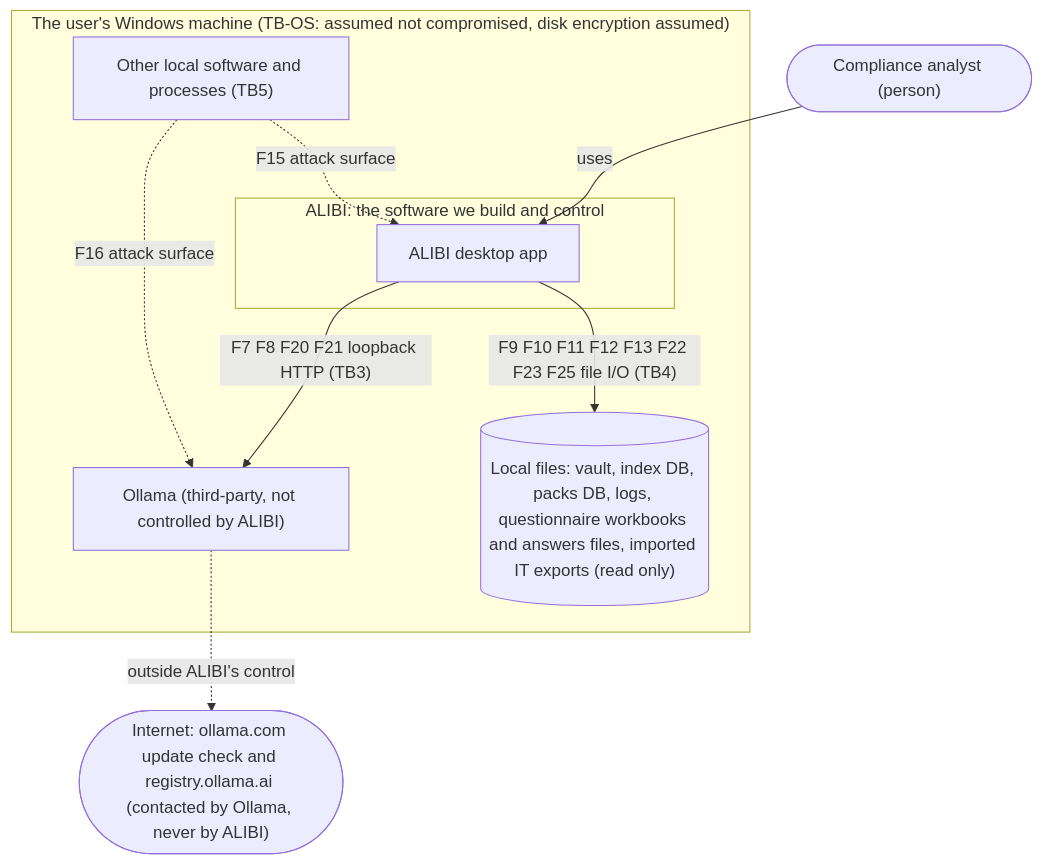
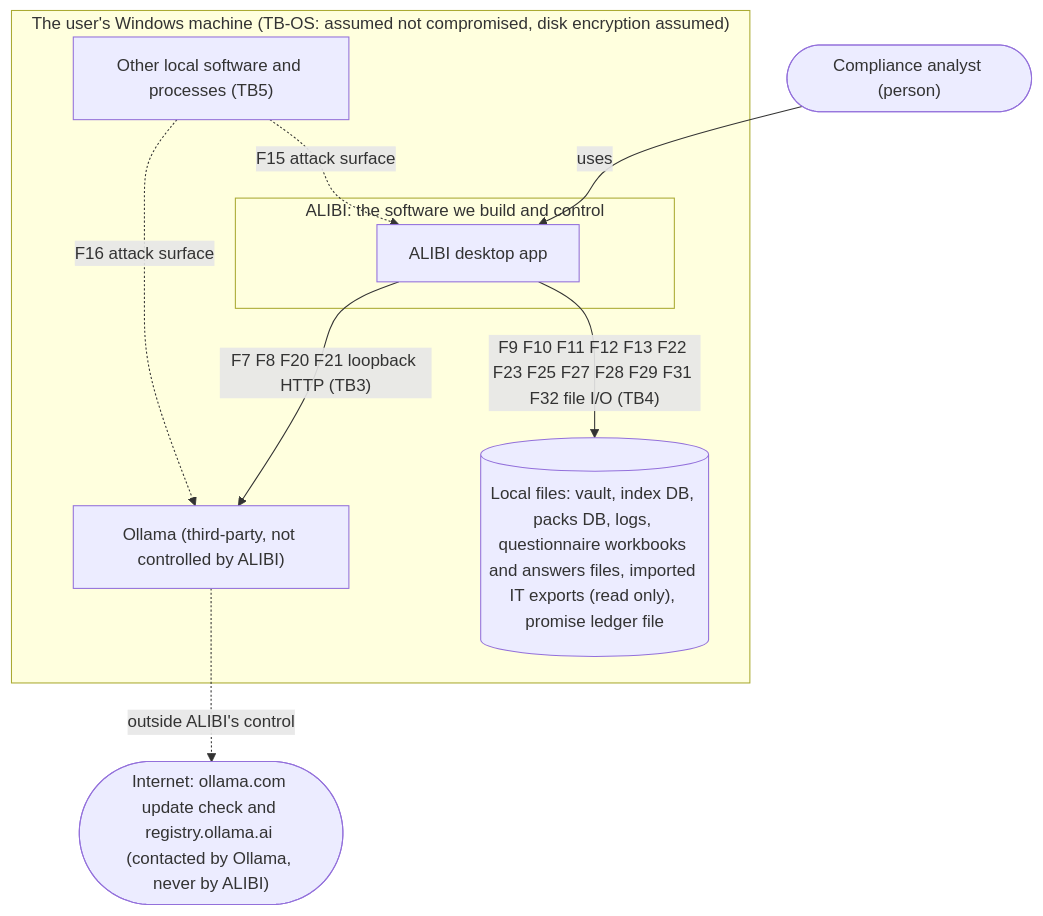
The first of 2 diagrams in docs/threat-model.md (mikeperrella/grc-second-brain), drawn with Mermaid before and after one commit. The commit also changed other lines of this file and 2 other files, not shown here.

````diff
--- a/docs/threat-model.md
+++ b/docs/threat-model.md
@@ -88,19 +88,19 @@
 ```mermaid
 flowchart TB
   user(["Compliance analyst (person)"])
   subgraph machine["The user's Windows machine (TB-OS: assumed not compromised, disk encryption assumed)"]
     subgraph alibi["ALIBI: the software we build and control"]
       app["ALIBI desktop app"]
     end
     ollama["Ollama (third-party, not controlled by ALIBI)"]
-    files[("Local files: vault, index DB, packs DB, logs, questionnaire workbooks and answers files, imported IT exports (read only)")]
+    files[("Local files: vault, index DB, packs DB, logs, questionnaire workbooks and answers files, imported IT exports (read only), promise ledger file")]
     other["Other local software and processes (TB5)"]
   end
   internet(["Internet: ollama.com update check and registry.ollama.ai (contacted by Ollama, never by ALIBI)"])
   user -->|"uses"| app
   app -->|"F7 F8 F20 F21 loopback HTTP (TB3)"| ollama
-  app -->|"F9 F10 F11 F12 F13 F22 F23 F25 file I/O (TB4)"| files
+  app -->|"F9 F10 F11 F12 F13 F22 F23 F25 F27 F28 F29 F31 F32 file I/O (TB4)"| files
   other -.->|"F15 attack surface"| app
   other -.->|"F16 attack surface"| ollama
   ollama -.->|"outside ALIBI's control"| internet
 ```
````
